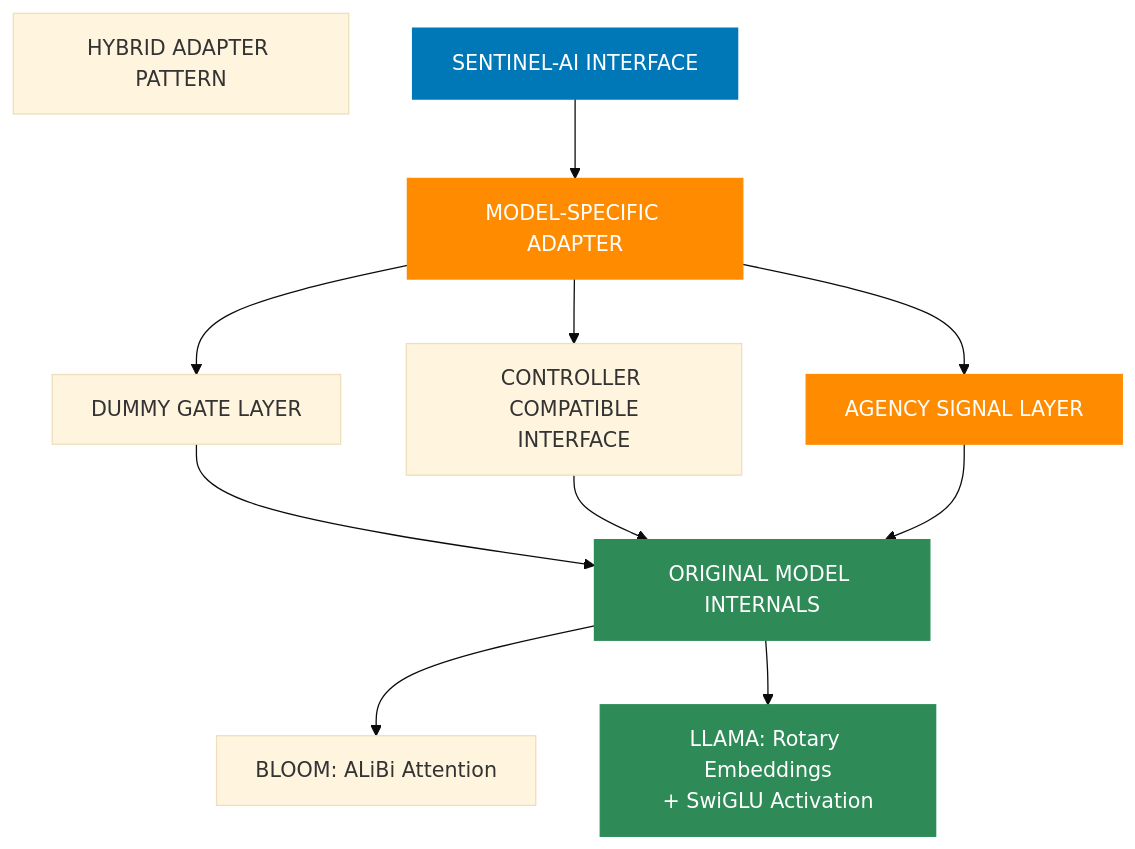
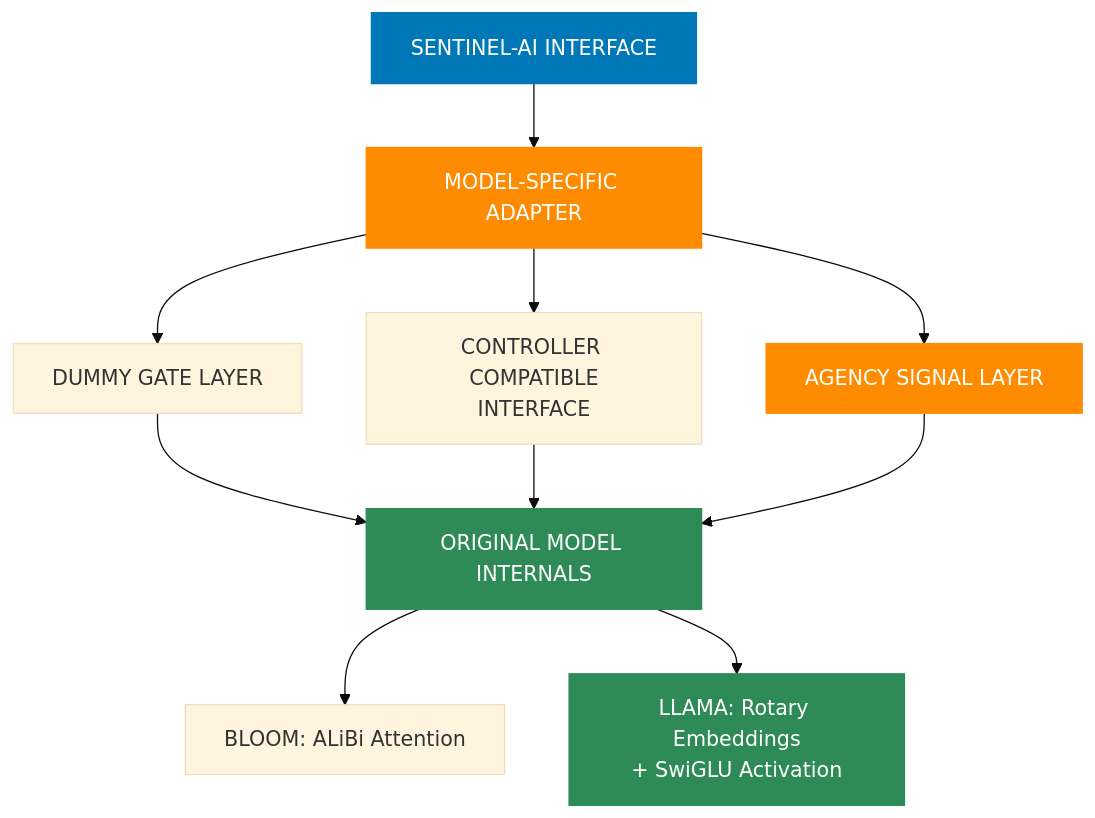
The third of 6 diagrams in README.md (CambrianTech/sentinel-ai), drawn with Mermaid (base theme) before and after one commit. The commit also changed other lines of this file and 1 other file, not shown here.

First line of the commit message:
Fix/diagram colors and captions (#34)

````diff
--- a/README.md
+++ b/README.md
@@ -163,38 +160,36 @@
 ```mermaid
 flowchart TD
     classDef standard fill:#333,stroke:#333,stroke-width:1px,color:#fff
     classDef interface fill:#0078b8,stroke:#0078b8,stroke-width:2px,color:#fff
     classDef adapter fill:#ff8c00,stroke:#ff8c00,stroke-width:1px,color:#fff
     classDef original fill:#2e8b57,stroke:#2e8b57,stroke-width:1px,color:#fff
     
     %% Main Components
-    header["HYBRID ADAPTER PATTERN"]
     interface["SENTINEL-AI INTERFACE"]
     adapter["MODEL-SPECIFIC ADAPTER"]
     original["ORIGINAL MODEL INTERNALS"]
     
     %% Adapter Components
     gates["DUMMY GATE LAYER"]
     compatible["CONTROLLER COMPATIBLE<br/>INTERFACE"]
     agency["AGENCY SIGNAL LAYER"]
     
     %% Original Model Components
     bloom["BLOOM: ALiBi Attention"]
     llama["LLAMA: Rotary Embeddings<br/>+ SwiGLU Activation"]
     
     %% Connections
         interface --> adapter
     adapter --> gates & compatible & agency
     gates & compatible & agency --> original
     original --> bloom & llama
     
     %% Styling
-    header:::header
     interface:::interface
     adapter:::adapter
     original:::original
     
     gates & compatible & agency:::adapter
     
     bloom & llama:::original
 ```
````
